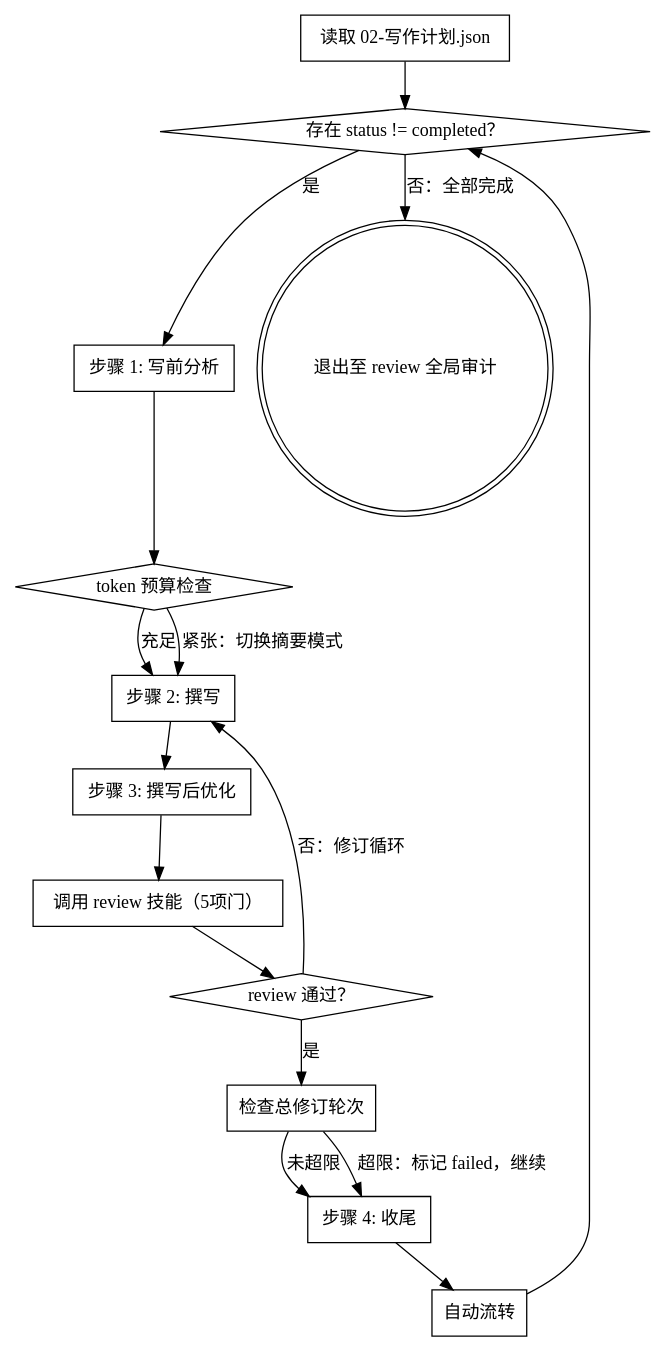
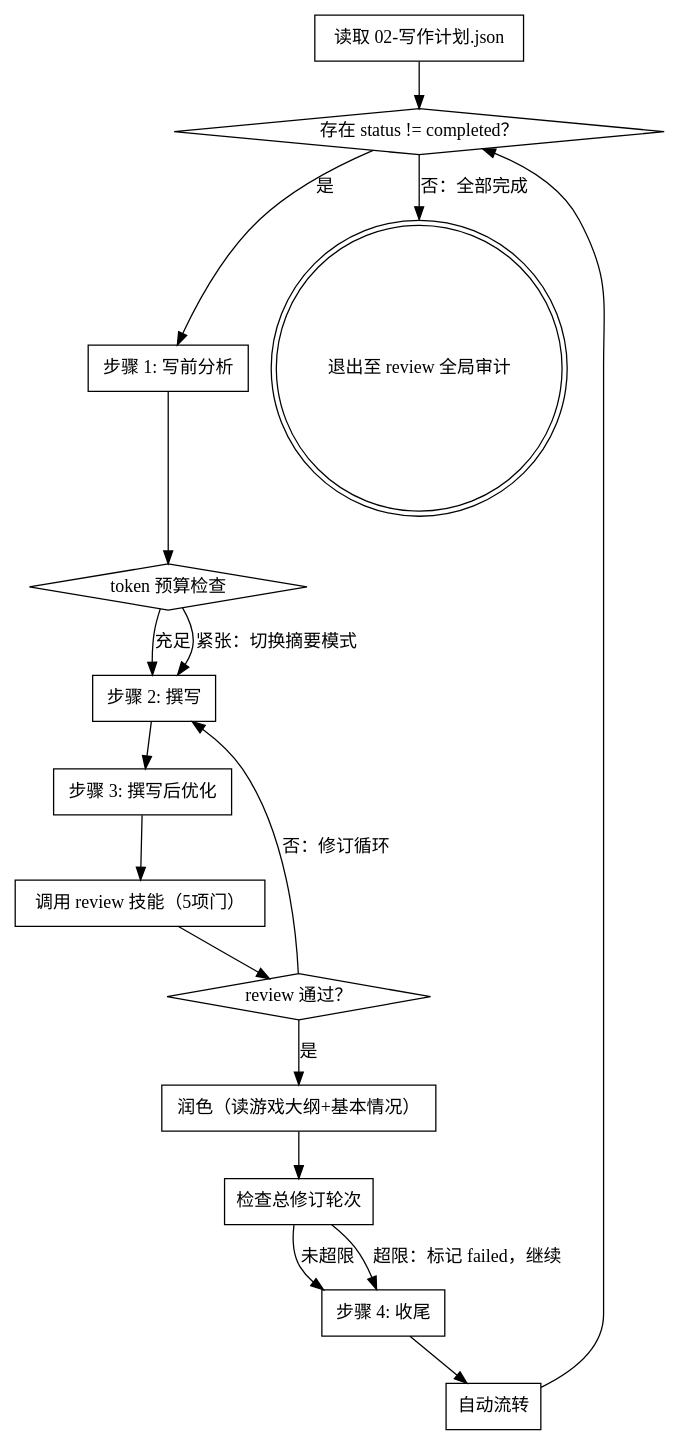
The diagram in novel-continuation/continuation/SKILL.md (wzwllu/novel-continuation), drawn with Graphviz before and after one commit. The commit also changed other lines of this file and 3 other files, not shown here.

````diff
--- a/novel-continuation/continuation/SKILL.md
+++ b/novel-continuation/continuation/SKILL.md
@@ -43,32 +43,34 @@
 ```dot
 digraph continuation_workflow {
     "读取 02-写作计划.json" [shape=box];
     "存在 status != completed？" [shape=diamond];
     "步骤 1: 写前分析" [shape=box];
     "token 预算检查" [shape=diamond];
     "步骤 2: 撰写" [shape=box];
     "步骤 3: 撰写后优化" [shape=box];
     "调用 review 技能（5项门）" [shape=box];
     "review 通过？" [shape=diamond];
+    "润色（读游戏大纲+基本情况）" [shape=box];
     "检查总修订轮次" [shape=box];
     "步骤 4: 收尾" [shape=box];
     "自动流转" [shape=box];
     "退出至 review 全局审计" [shape=doublecircle];
 
     "读取 02-写作计划.json" -> "存在 status != completed？";
     "存在 status != completed？" -> "步骤 1: 写前分析" [label="是"];
     "步骤 1: 写前分析" -> "token 预算检查";
     "token 预算检查" -> "步骤 2: 撰写" [label="充足"];
     "token 预算检查" -> "步骤 2: 撰写" [label="紧张：切换摘要模式"];
     "步骤 2: 撰写" -> "步骤 3: 撰写后优化";
     "步骤 3: 撰写后优化" -> "调用 review 技能（5项门）";
     "调用 review 技能（5项门）" -> "review 通过？";
-    "review 通过？" -> "检查总修订轮次" [label="是"];
+    "review 通过？" -> "润色（读游戏大纲+基本情况）" [label="是"];
     "review 通过？" -> "步骤 2: 撰写" [label="否：修订循环"];
+    "润色（读游戏大纲+基本情况）" -> "检查总修订轮次";
     "检查总修订轮次" -> "步骤 4: 收尾" [label="未超限"];
     "检查总修订轮次" -> "步骤 4: 收尾" [label="超限：标记 failed，继续"];
     "步骤 4: 收尾" -> "自动流转";
     "自动流转" -> "存在 status != completed？";
     "存在 status != completed？" -> "退出至 review 全局审计" [label="否：全部完成"];
 }
 ```
````
